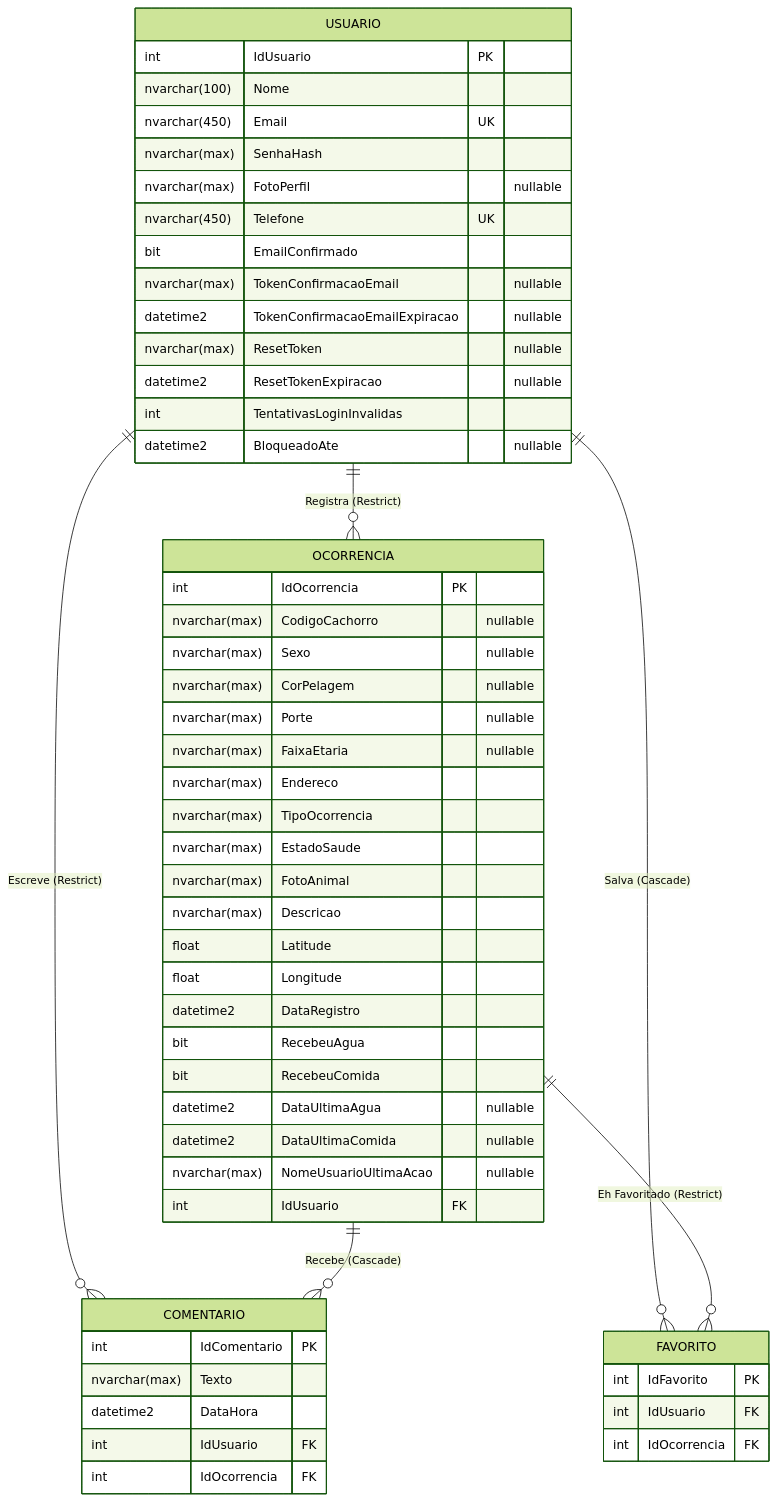
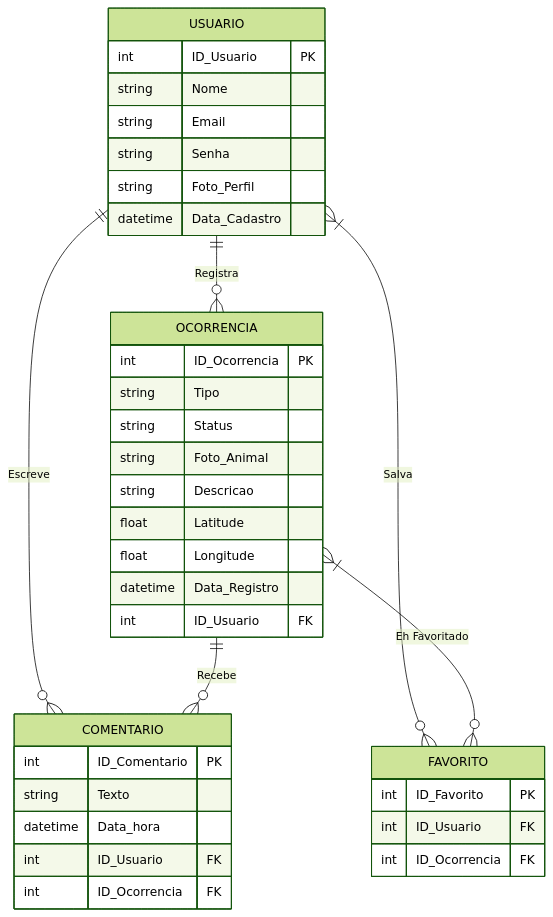
The diagram in docs/05-Arquitetura da Solução.md (ICEI-PUC-Minas-PMV-ADS/pmv-ads-2026-1-e2-proj-int-t6-G5-sosdog), drawn with Mermaid (forest theme) before and after one commit. The commit also changed other lines of this file, not shown here.

````diff
--- a/docs/05-Arquitetura da Solução.md
+++ b/docs/05-Arquitetura da Solução.md
@@ -91,61 +40,43 @@
-```mermaid
-erDiagram
-    USUARIO ||--o{ OCORRENCIA : "Registra (Restrict)"
-    USUARIO ||--o{ COMENTARIO : "Escreve (Restrict)"
-    USUARIO ||--o{ FAVORITO : "Salva (Cascade)"
-    OCORRENCIA ||--o{ COMENTARIO : "Recebe (Cascade)"
-    OCORRENCIA ||--o{ FAVORITO : "Eh Favoritado (Restrict)"
+  ```mermaid
+   erDiagram
+    USUARIO ||--o{ OCORRENCIA : "Registra"
+    USUARIO ||--o{ COMENTARIO : "Escreve"
+    USUARIO }|--o{ FAVORITO : "Salva"
+    OCORRENCIA ||--o{ COMENTARIO : "Recebe"
+    OCORRENCIA }|--o{ FAVORITO : "Eh Favoritado"
 
     USUARIO {
-        int IdUsuario PK
-        nvarchar(100) Nome
-        nvarchar(450) Email UK
-        nvarchar(max) SenhaHash
-        nvarchar(max) FotoPerfil "nullable"
-        nvarchar(450) Telefone UK
-        bit EmailConfirmado
-        nvarchar(max) TokenConfirmacaoEmail "nullable"
-        datetime2 TokenConfirmacaoEmailExpiracao "nullable"
-        nvarchar(max) ResetToken "nullable"
-        datetime2 ResetTokenExpiracao "nullable"
-        int TentativasLoginInvalidas
-        datetime2 BloqueadoAte "nullable"
+        int ID_Usuario PK
+        string Nome
+        string Email
+        string Senha
+        string Foto_Perfil
+        datetime Data_Cadastro
     }
 
     OCORRENCIA {
-        int IdOcorrencia PK
-        nvarchar(max) CodigoCachorro "nullable"
-        nvarchar(max) Sexo "nullable"
-        nvarchar(max) CorPelagem "nullable"
-        nvarchar(max) Porte "nullable"
-        nvarchar(max) FaixaEtaria "nullable"
-        nvarchar(max) Endereco
-        nvarchar(max) TipoOcorrencia
-        nvarchar(max) EstadoSaude
-        nvarchar(max) FotoAnimal
-        nvarchar(max) Descricao
+        int ID_Ocorrencia PK
+        string Tipo
+        string Status
+        string Foto_Animal
+        string Descricao
         float Latitude
         float Longitude
-        datetime2 DataRegistro
-        bit RecebeuAgua
-        bit RecebeuComida
-        datetime2 DataUltimaAgua "nullable"
-        datetime2 DataUltimaComida "nullable"
-        nvarchar(max) NomeUsuarioUltimaAcao "nullable"
-        int IdUsuario FK
+        datetime Data_Registro
+        int ID_Usuario FK
     }
 
     COMENTARIO {
-        int IdComentario PK
-        nvarchar(max) Texto
-        datetime2 DataHora
-        int IdUsuario FK
-        int IdOcorrencia FK
+        int ID_Comentario PK
+        string Texto
+        datetime Data_hora
+        int ID_Usuario FK
+        int ID_Ocorrencia FK
     }
 
     FAVORITO {
-        int IdFavorito PK
-        int IdUsuario FK
-        int IdOcorrencia FK
+        int ID_Favorito PK
+        int ID_Usuario FK
+        int ID_Ocorrencia FK
     }
-```
+  ```
````
